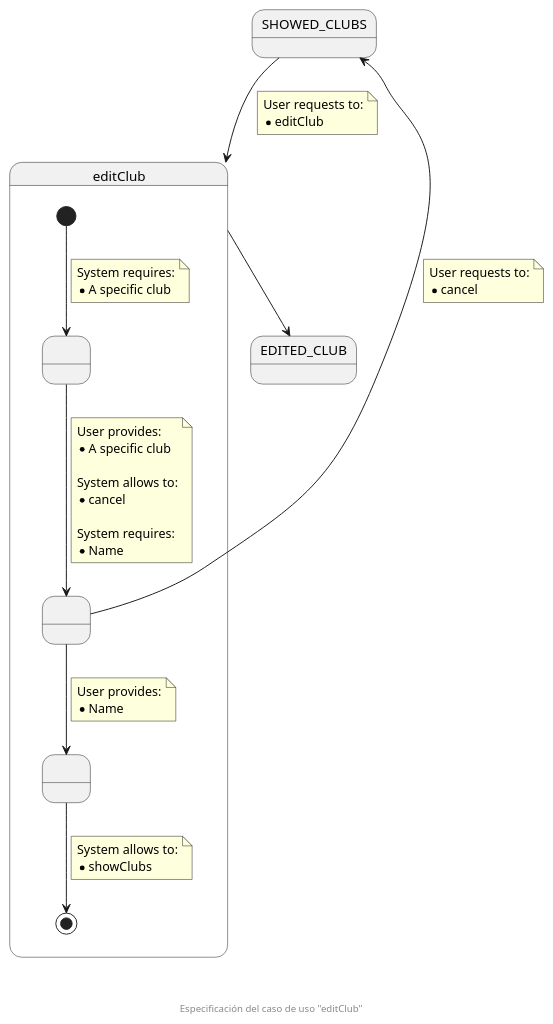
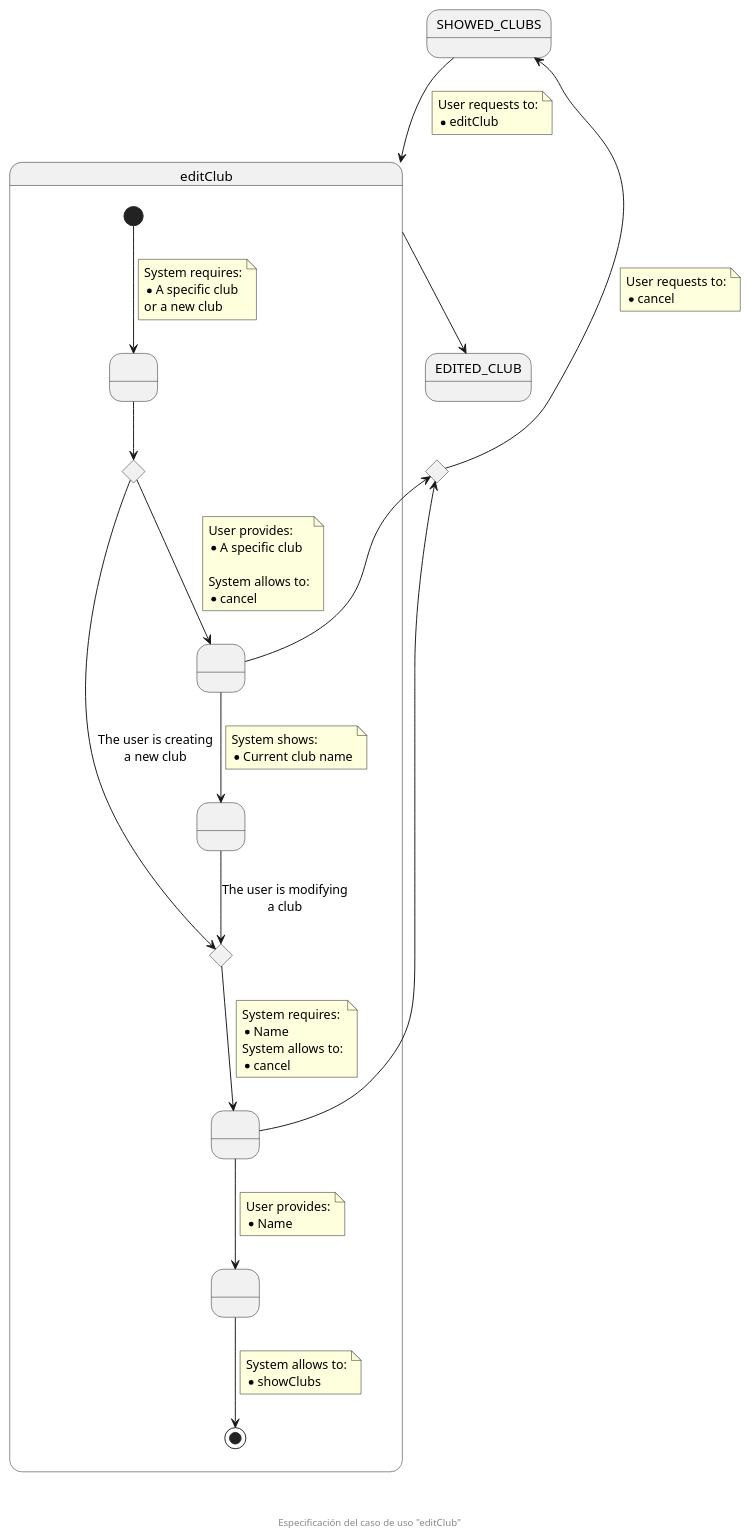
One commit to zuldare/mastercloud_pfm_halterocms changed the diagram in diagrams/useCasesSpecification/organizationSecretary/06_editClub.puml. Above: the diagram before and after it, drawn with PlantUML.

Commit message:
Improve editClub use case specification

```diff
--- a/diagrams/useCasesSpecification/organizationSecretary/06_editClub.puml
+++ b/diagrams/useCasesSpecification/organizationSecretary/06_editClub.puml
@@ -1,50 +1,71 @@
 @startuml
 state SHOWED_CLUBS
+state enterCancelCHC <<choice>>
 state editClub {
   state " " as pendingClub
+  state createOrModifyCHC <<choice>>
   state " " as providedClub
+  state " " as showedData
+  state createOrModifyCHC2 <<choice>>
+  state " " as pendingData
   state " " as providedData
   [*] --> pendingClub
   note on link
     System requires:
     * A specific club
+    or a new club
   end note
-  pendingClub --> providedClub
+  pendingClub --> createOrModifyCHC
+  createOrModifyCHC --> providedClub
   note on link
     User provides:
     * A specific club
 
     System allows to:
     * cancel
-
+  end note
+ createOrModifyCHC --> createOrModifyCHC2 : The user is creating\na new club
+  providedClub --> showedData
+  note on link
+    System shows:
+    * Current club name
+  end note
+  showedData --> createOrModifyCHC2 : The user is modifying\na club
+  createOrModifyCHC2 --> pendingData
+  note on link
     System requires:
     * Name
+    System allows to:
+    * cancel
   end note
-  providedClub --> providedData
+  pendingData -u-> enterCancelCHC
+  pendingData --> providedData
   note on link
     User provides:
     * Name
   end note
-  providedClub -u-> SHOWED_CLUBS
-  note on link
-    User requests to:
-    * cancel
-  end note
+  providedClub -u-> enterCancelCHC
   providedData --> [*]
   note on link
     System allows to:
     * showClubs
   end note
 }
 state EDITED_CLUB
 
 SHOWED_CLUBS -d-> editClub
 note on link
   User requests to:
   * editClub
 end note
 
 editClub -d-> EDITED_CLUB
 
+enterCancelCHC -u-> SHOWED_CLUBS
+note on link
+  User requests to:
+  * cancel
+end note
+
 footer \n\n\n Especificación del caso de uso "editClub"
 @enduml
```
